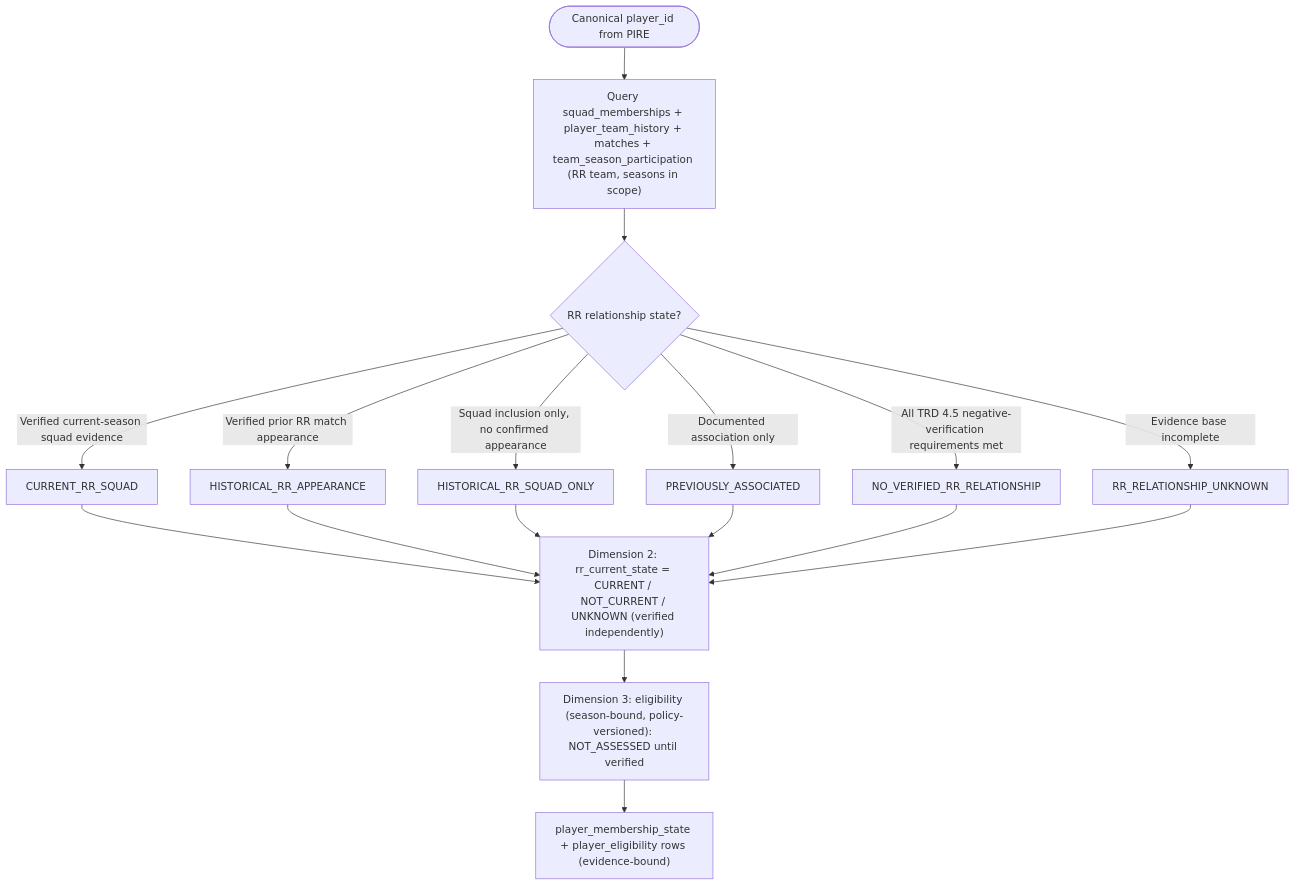
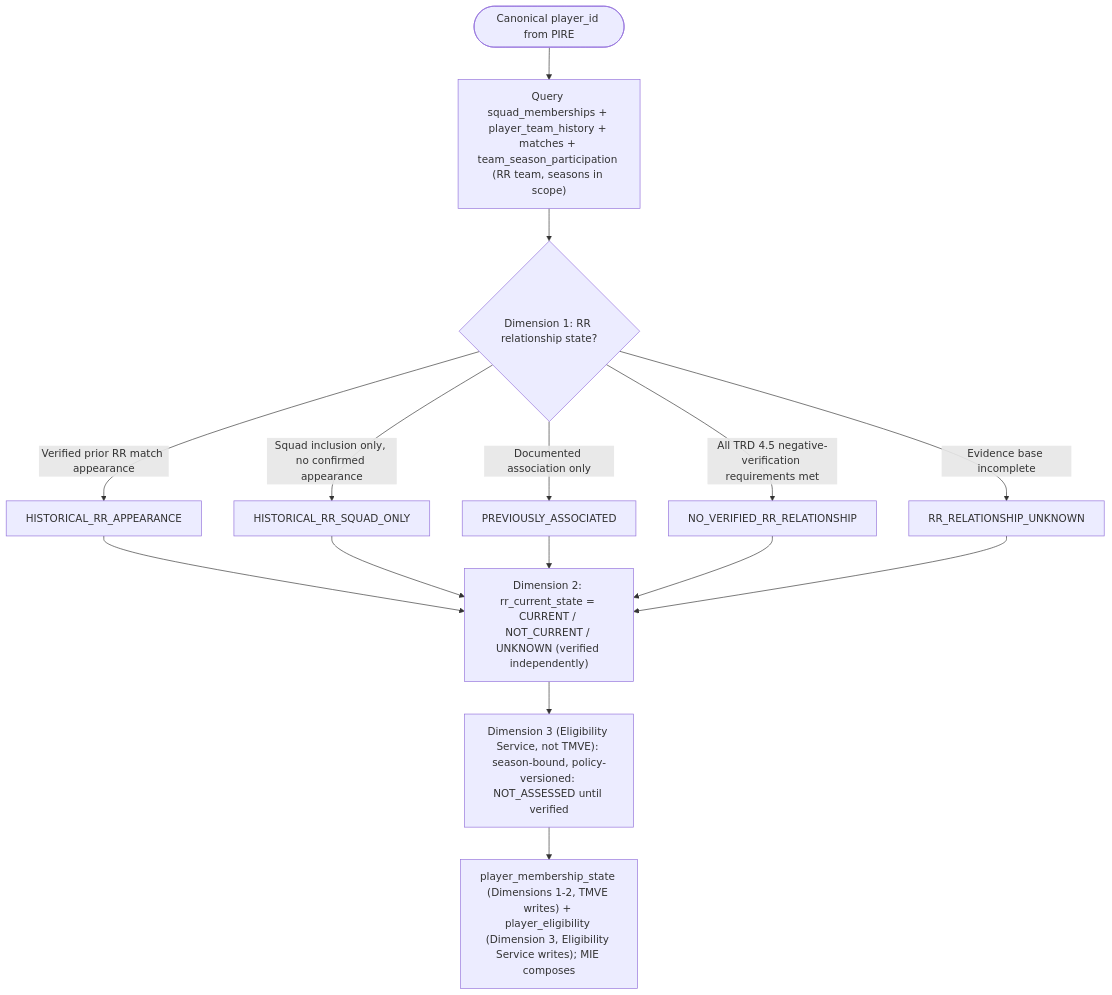
The fourth of 10 diagrams in docs/ARCHITECTURE.md (Subhadip-Paul2006/IPL_Team), drawn with Mermaid before and after one commit. The commit also changed other lines of this file, not shown here.

Commit message:
docs(architecture): v2.1.1 — 33-entity DDL-mirrored ERD, MIE sequence, and TMVE Option B alignment

````diff
--- a/docs/ARCHITECTURE.md
+++ b/docs/ARCHITECTURE.md
@@ -200,19 +216,17 @@
 ```mermaid
 flowchart TD
     P(["Canonical player_id from PIRE"]) --> QueryHist["Query squad_memberships + player_team_history + matches + team_season_participation (RR team, seasons in scope)"]
-    QueryHist --> Dim1{"RR relationship state?"}
-    Dim1 -- "Verified current-season squad evidence" --> R1["CURRENT_RR_SQUAD"]
+    QueryHist --> Dim1{"Dimension 1: RR relationship state?"}
     Dim1 -- "Verified prior RR match appearance" --> R2["HISTORICAL_RR_APPEARANCE"]
     Dim1 -- "Squad inclusion only, no confirmed appearance" --> R3["HISTORICAL_RR_SQUAD_ONLY"]
     Dim1 -- "Documented association only" --> R4["PREVIOUSLY_ASSOCIATED"]
     Dim1 -- "All TRD 4.5 negative-verification requirements met" --> R5["NO_VERIFIED_RR_RELATIONSHIP"]
     Dim1 -- "Evidence base incomplete" --> R6["RR_RELATIONSHIP_UNKNOWN"]
-    R1 --> Dim2["Dimension 2: rr_current_state = CURRENT / NOT_CURRENT / UNKNOWN (verified independently)"]
-    R2 --> Dim2
+    R2 --> Dim2["Dimension 2: rr_current_state = CURRENT / NOT_CURRENT / UNKNOWN (verified independently)"]
     R3 --> Dim2
     R4 --> Dim2
     R5 --> Dim2
     R6 --> Dim2
-    Dim2 --> Dim3["Dimension 3: eligibility (season-bound, policy-versioned): NOT_ASSESSED until verified"]
-    Dim3 --> Persist["player_membership_state + player_eligibility rows (evidence-bound)"]
+    Dim2 --> Dim3["Dimension 3 (Eligibility Service, not TMVE): season-bound, policy-versioned: NOT_ASSESSED until verified"]
+    Dim3 --> Persist["player_membership_state (Dimensions 1-2, TMVE writes) + player_eligibility (Dimension 3, Eligibility Service writes); MIE composes"]
 ```
````
